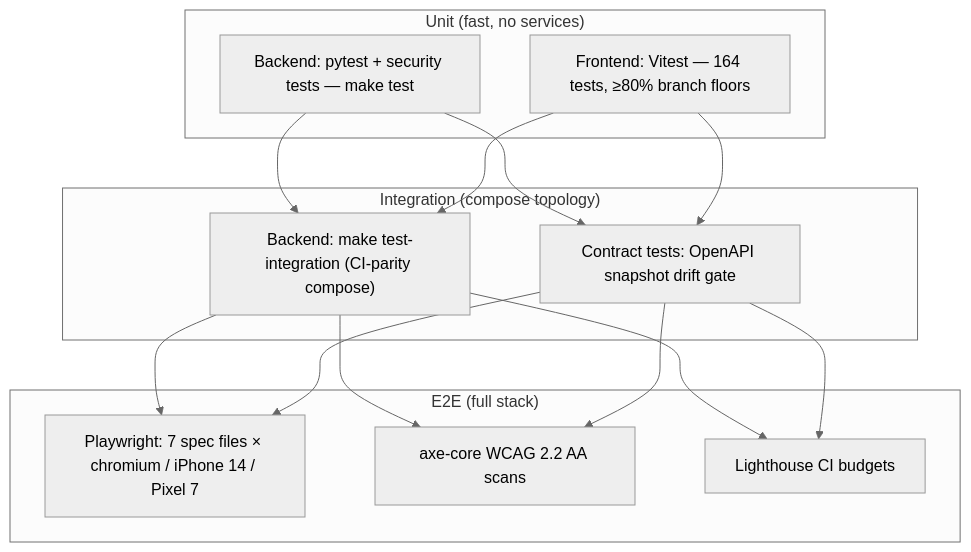
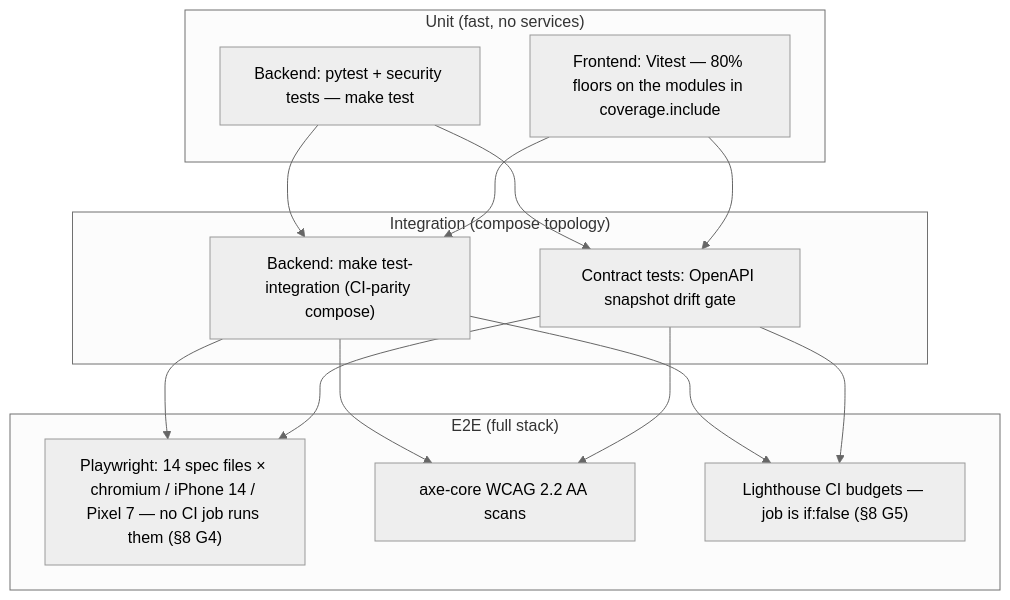
One commit to jolarca-dev/jolarca changed the diagram in docs/TESTING.md. Above: the diagram before and after it, drawn with Mermaid (neutral theme). The commit also changed other lines of this file and 19 other files, not shown here.

````diff
--- a/docs/TESTING.md
+++ b/docs/TESTING.md
@@ -18,17 +18,17 @@
 ```mermaid
 flowchart TB
     subgraph "Unit (fast, no services)"
         U1["Backend: pytest + security tests — make test"]
-        U2["Frontend: Vitest — 164 tests, ≥80% branch floors"]
+        U2["Frontend: Vitest — 80% floors on the modules in coverage.include"]
     end
     subgraph "Integration (compose topology)"
         I1["Backend: make test-integration (CI-parity compose)"]
         I2["Contract tests: OpenAPI snapshot drift gate"]
     end
     subgraph "E2E (full stack)"
-        E1["Playwright: 7 spec files × chromium / iPhone 14 / Pixel 7"]
+        E1["Playwright: 14 spec files × chromium / iPhone 14 / Pixel 7 — no CI job runs them (§8 G4)"]
         E2["axe-core WCAG 2.2 AA scans"]
-        E3["Lighthouse CI budgets"]
+        E3["Lighthouse CI budgets — job is if:false (§8 G5)"]
     end
     U1 & U2 --> I1 & I2 --> E1 & E2 & E3
 ```
````
